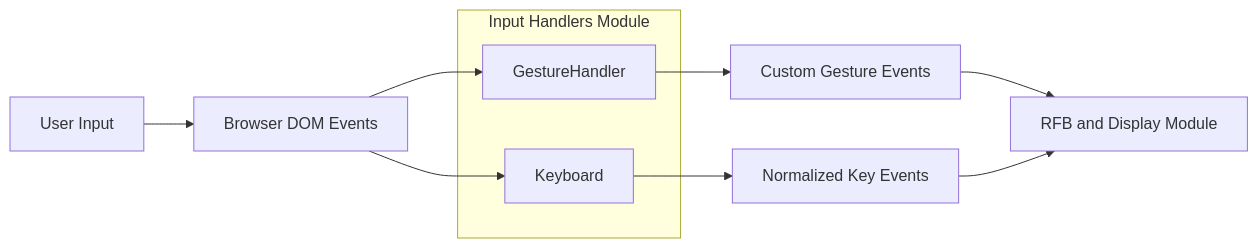
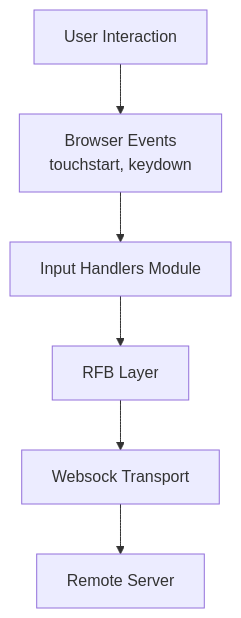
One commit to Ylianst/MeshCentral changed the first of 3 diagrams in docs/reference/architecture/input-handlers/input-handlers.md. Above: the diagram before and after it, drawn with Mermaid. The commit also changed other lines of this file and 642 other files, not shown here.

````diff
--- a/docs/reference/architecture/input-handlers/input-handlers.md
+++ b/docs/reference/architecture/input-handlers/input-handlers.md
@@ -44,18 +20,8 @@
 ```mermaid
-flowchart LR
-    UserInput["User Input"] --> BrowserEvents["Browser DOM Events"]
-
-    subgraph input_handlers["Input Handlers Module"]
-        GestureHandler["GestureHandler"]
-        Keyboard["Keyboard"]
-    end
-
-    BrowserEvents --> GestureHandler
-    BrowserEvents --> Keyboard
-
-    GestureHandler --> HighLevelGestures["Custom Gesture Events"]
-    Keyboard --> KeyEvents["Normalized Key Events"]
-
-    HighLevelGestures --> RFBModule["RFB and Display Module"]
-    KeyEvents --> RFBModule
+flowchart TD
+    User["User Interaction"] --> BrowserEvents["Browser Events<br/>touchstart, keydown"]
+    BrowserEvents --> InputHandlers["Input Handlers Module"]
+    InputHandlers --> RFB["RFB Layer"]
+    RFB --> Websock["Websock Transport"]
+    Websock --> RemoteServer["Remote Server"]
 ```
````
